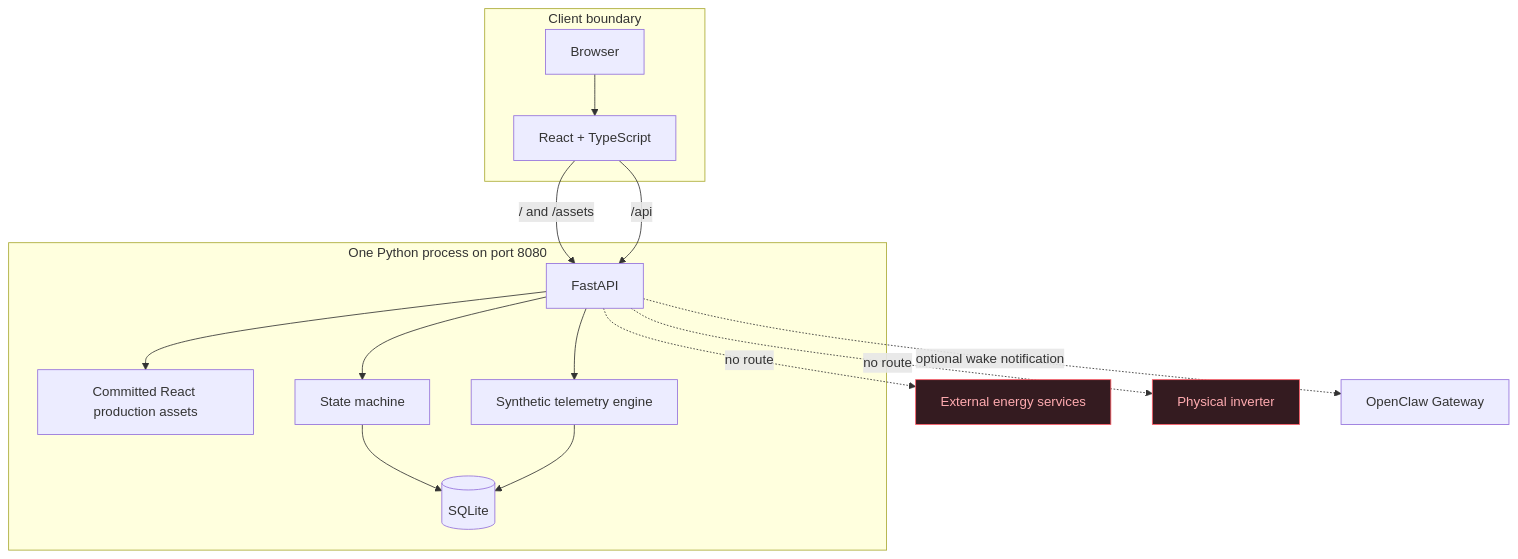
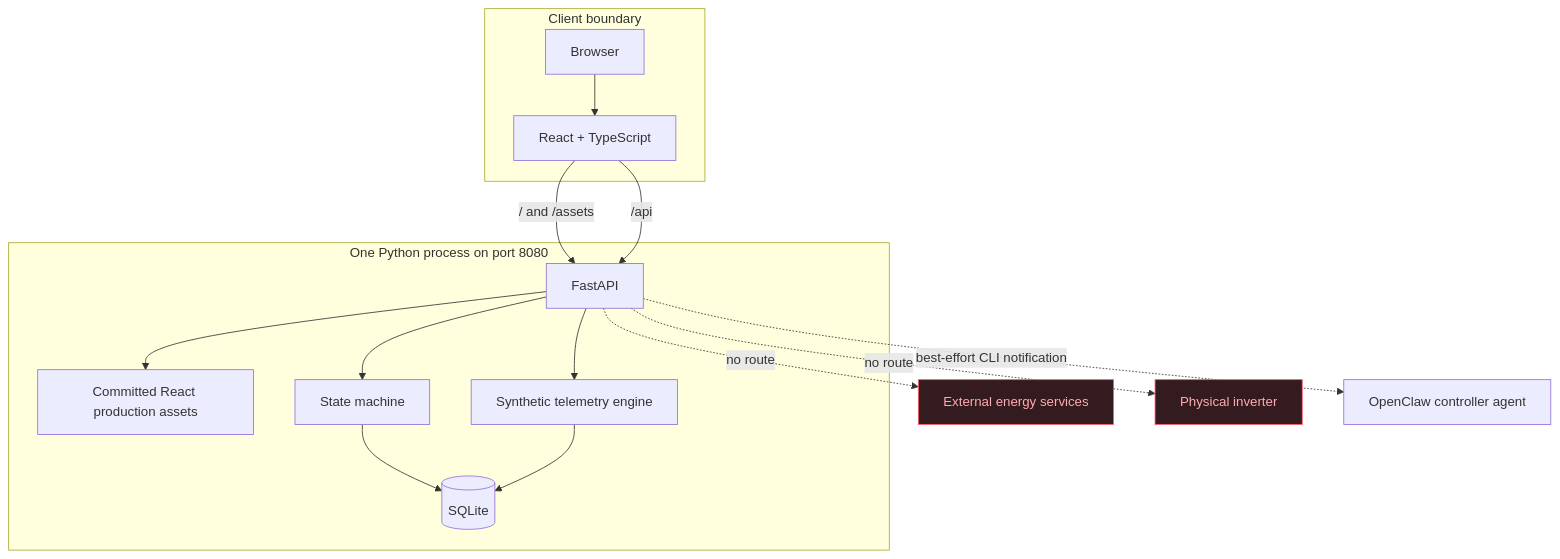
Before and after one commit to The-AnhTa/semsplus-local-emulator: the first of 2 diagrams in docs/architecture.md, drawn with Mermaid. The commit also changed other lines of this file and 14 other files, not shown here.

Commit message:
Replace OpenClaw hooks with CLI notifications

````diff
--- a/docs/architecture.md
+++ b/docs/architecture.md
@@ -5,29 +5,29 @@
 ```mermaid
 flowchart TB
     subgraph Client[Client boundary]
       B[Browser]
       R[React + TypeScript]
     end
     subgraph Emulator[One Python process on port 8080]
       A[FastAPI]
       S[Committed React production assets]
       M[State machine]
       T[Synthetic telemetry engine]
       D[(SQLite)]
     end
     X[External energy services]:::blocked
     I[Physical inverter]:::blocked
 
     B --> R
     R -->|/ and /assets| A
     A --> S
     R -->|/api| A
     A --> M
     A --> T
     M --> D
     T --> D
-    A -. optional wake notification .-> O[OpenClaw Gateway]
+    A -. best-effort CLI notification .-> O[OpenClaw controller agent]
     A -. no route .-> X
     A -. no route .-> I
     classDef blocked fill:#341b20,stroke:#ff5d67,color:#ffabb0
 ```
````
